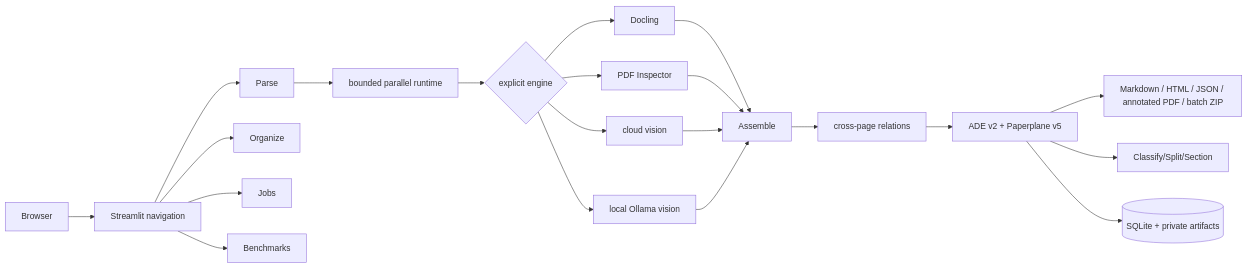
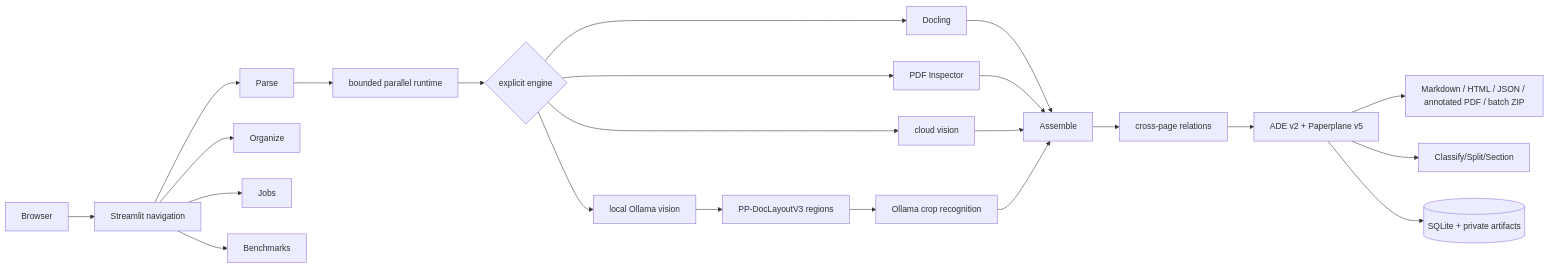
One commit to pypi-ahmad/Agentic-Document-Extraction changed the diagram in docs/ARCHITECTURE.md. Above: the diagram before and after it, drawn with Mermaid. The commit also changed 5 other files, not shown here.

Commit message:
docs: explain Ollama region OCR path

````diff
--- a/docs/ARCHITECTURE.md
+++ b/docs/ARCHITECTURE.md
@@ -8,23 +8,25 @@
 ```mermaid
 flowchart LR
   Browser --> Navigation[Streamlit navigation]
   Navigation --> Parse
   Navigation --> Organize
   Navigation --> Jobs
   Navigation --> Benchmarks
   Parse --> Runtime[bounded parallel runtime]
   Runtime --> Engines{explicit engine}
   Engines --> Docling
   Engines --> Inspector[PDF Inspector]
   Engines --> Cloud[cloud vision]
   Engines --> Ollama[local Ollama vision]
   Docling --> Assemble
   Inspector --> Assemble
   Cloud --> Assemble
-  Ollama --> Assemble
+  Ollama --> Layout[PP-DocLayoutV3 regions]
+  Layout --> OllamaOCR[Ollama crop recognition]
+  OllamaOCR --> Assemble
   Assemble --> Intelligence[cross-page relations]
   Intelligence --> Contracts[ADE v2 + Paperplane v5]
   Contracts --> Outputs[Markdown / HTML / JSON / annotated PDF / batch ZIP]
   Contracts --> Workflows[Classify/Split/Section]
   Contracts --> Store[(SQLite + private artifacts)]
 ```
````
